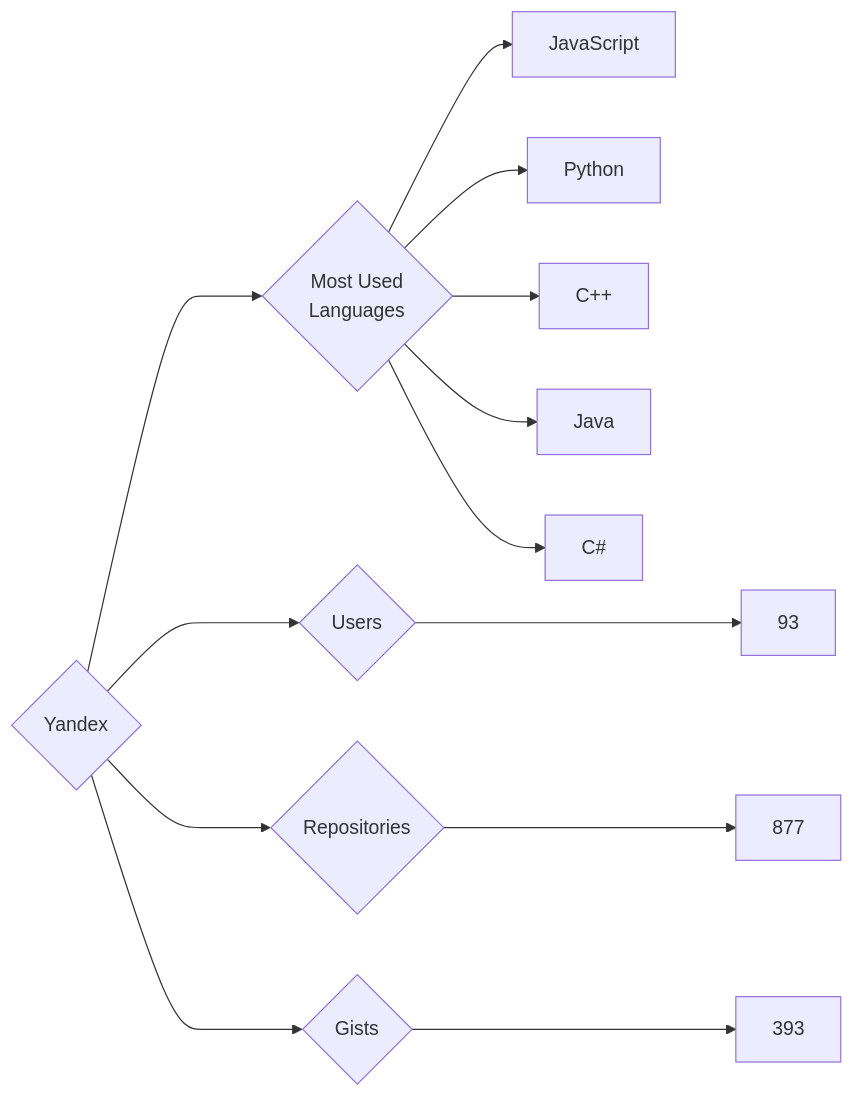
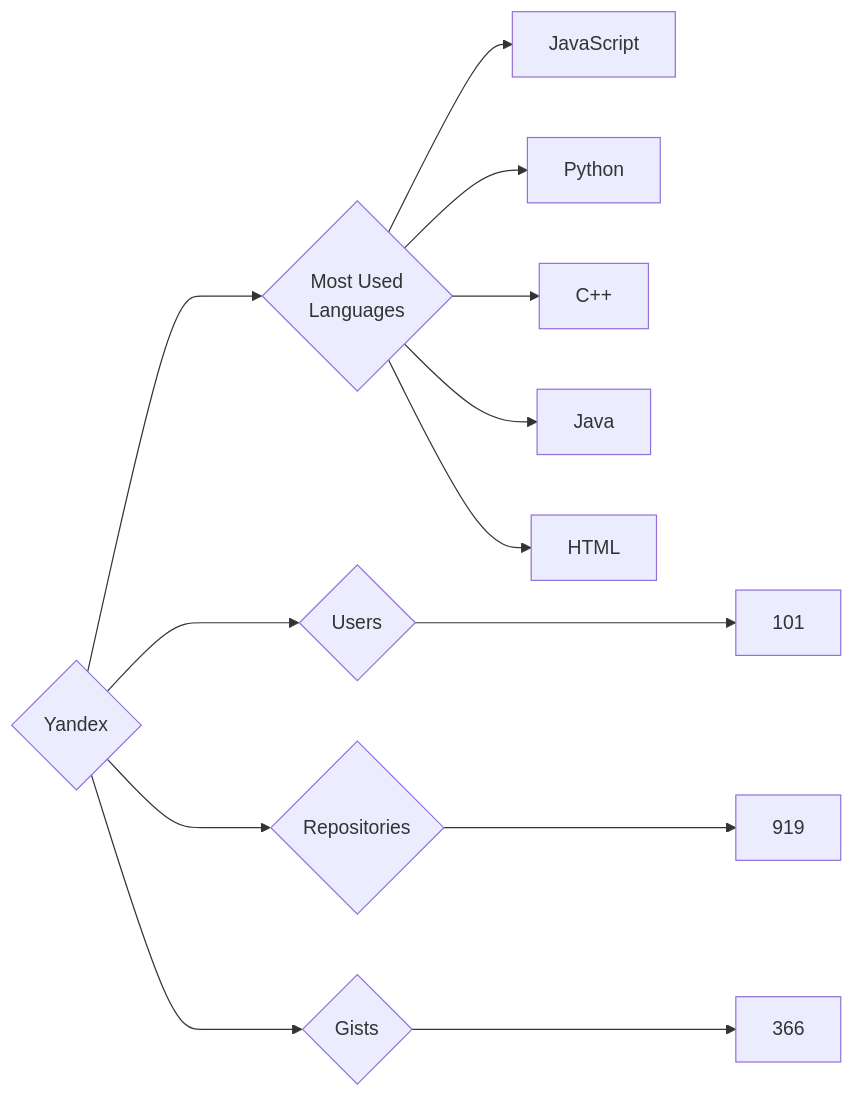
One commit to trickest/insiders changed the diagram in targets/Yandex/README.md. Above: the diagram before and after it, drawn with Mermaid. The commit also changed 953 other files, not shown here.

````diff
--- a/targets/Yandex/README.md
+++ b/targets/Yandex/README.md
@@ -3,13 +3,13 @@
 ```mermaid
 graph LR
 COMPANY_NAME{Yandex}
-COMPANY_NAME ---> U{Users} ---> UN[93]
-COMPANY_NAME ---> R{Repositories} ---> RN[877]
-COMPANY_NAME ---> G{Gists} ---> GN[393]
+COMPANY_NAME ---> U{Users} ---> UN[101]
+COMPANY_NAME ---> R{Repositories} ---> RN[919]
+COMPANY_NAME ---> G{Gists} ---> GN[366]
 COMPANY_NAME ---> ML{Most Used<br>Languages}
 ML --> JavaScript[JavaScript]
 ML --> Python[Python]
 ML --> C++[C++]
 ML --> Java[Java]
-ML --> C#[C#]
+ML --> HTML[HTML]
 ```
````
